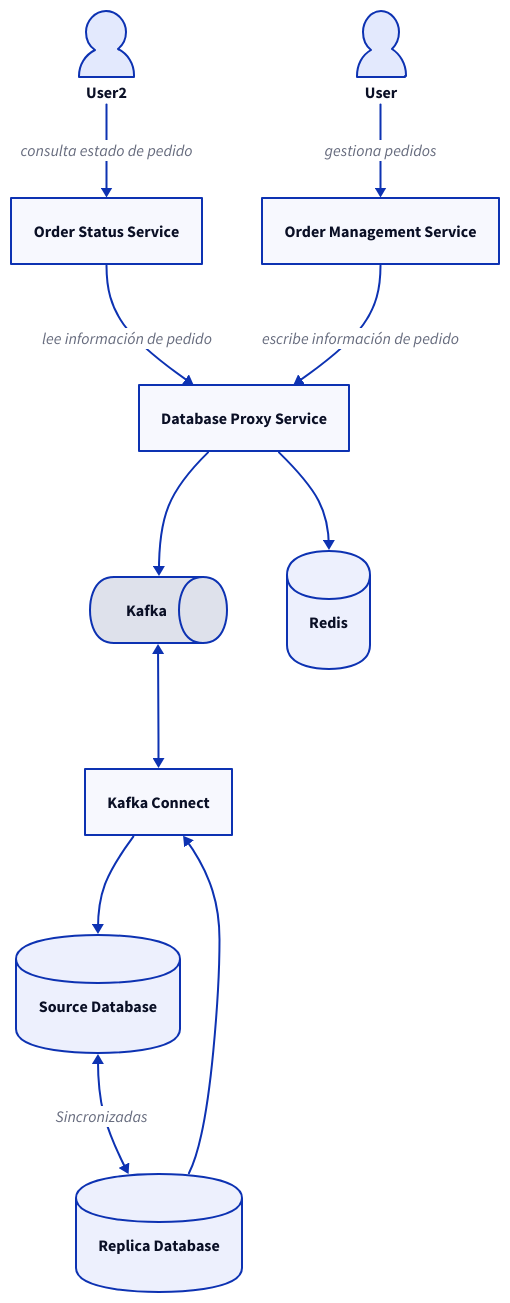
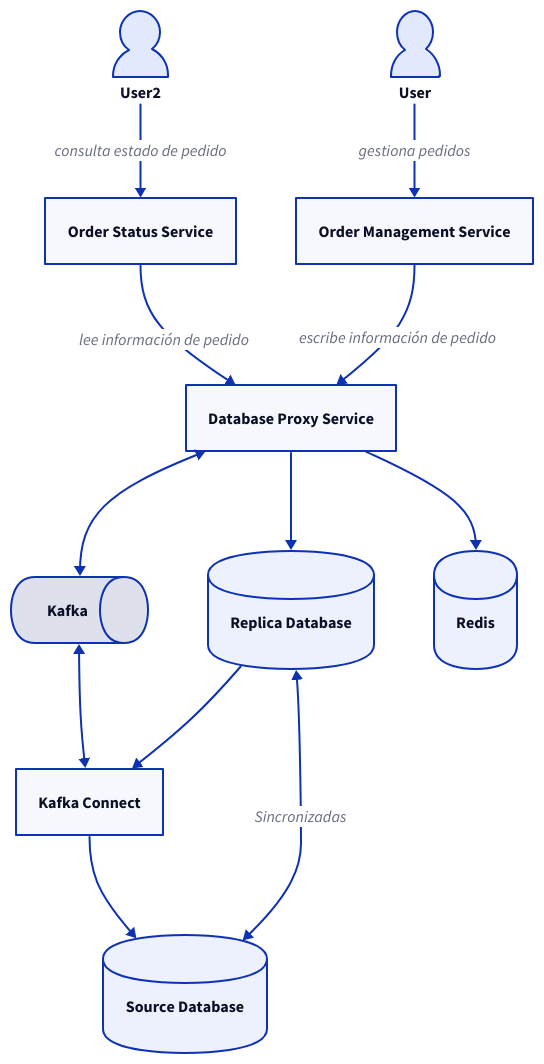
The diagram in diagram-v2.d2 (oleksandrivan/kubernetes-infra), drawn with D2 before and after one commit.

Commit message:
Update diagram

```diff
--- a/diagram-v2.d2
+++ b/diagram-v2.d2
@@ -1,23 +1,25 @@
 User: {shape: person}
 User2: {shape: person}
 
 User -> Order Management Service: gestiona pedidos
 User2 -> Order Status Service: consulta estado de pedido
 Order Status Service -> Database Proxy Service: lee información de pedido
 
 Source Database: {shape: cylinder}
 Replica Database: {shape: cylinder}
 
 Source Database <-> Replica Database: Sincronizadas
 
 Database Proxy Service
 Kafka: {shape: queue}
 Kafka Connect
 Redis: {shape: cylinder}
 
+Database Proxy Service -> Replica Database
+
 Order Management Service -> Database Proxy Service: escribe información de pedido
 Database Proxy Service -> Redis
-Database Proxy Service -> Kafka
+Database Proxy Service <-> Kafka
 Kafka <-> Kafka Connect
 Kafka Connect -> Source Database
 Kafka Connect <- Replica Database
```
